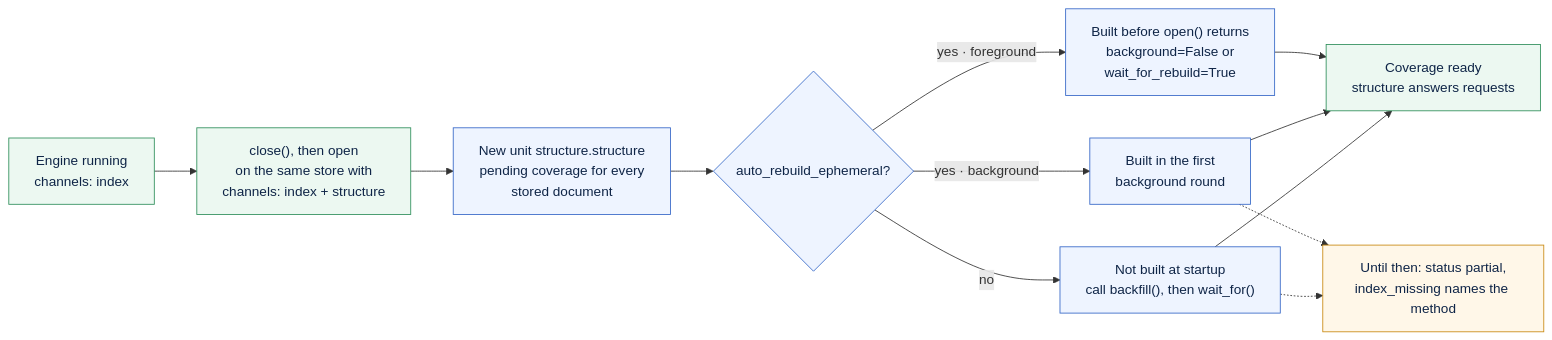
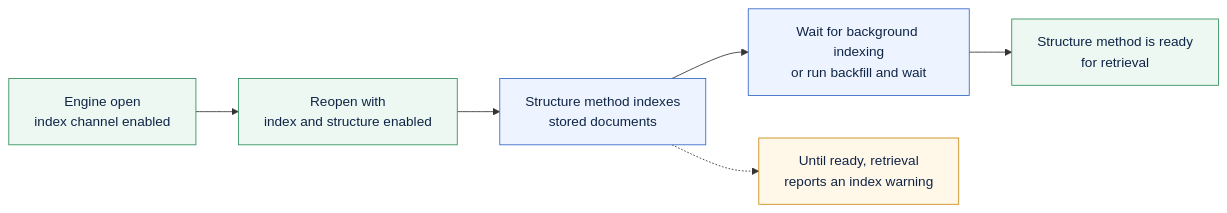
One commit to smuniharish/retrievalloom changed the diagram in diagrams/channel-changes.mmd. Above: the diagram before and after it, drawn with Mermaid. The commit also changed 57 other files, not shown here.

```diff
--- a/diagrams/channel-changes.mmd
+++ b/diagrams/channel-changes.mmd
@@ -1,21 +1,14 @@
 flowchart LR
     classDef app fill:#ecf8f1,stroke:#2f8f5b,color:#0f2547
     classDef core fill:#eef4ff,stroke:#3567c7,color:#0f2547
     classDef provider fill:#fff7e8,stroke:#c98a12,color:#0f2547
 
-    running["Engine running<br/>channels: index"]:::app
-    reopen["close(), then open<br/>on the same store with<br/>channels: index + structure"]:::app
-    pending["New unit structure.structure<br/>pending coverage for every<br/>stored document"]:::core
-    startup{"auto_rebuild_ephemeral?"}:::core
-    foreground["Built before open() returns<br/>background=False or<br/>wait_for_rebuild=True"]:::core
-    background["Built in the first<br/>background round"]:::core
-    explicit["Not built at startup<br/>call backfill(), then wait_for()"]:::core
-    partial["Until then: status partial,<br/>index_missing names the method"]:::provider
-    ready["Coverage ready<br/>structure answers requests"]:::app
+    running["Engine open<br/>index channel enabled"]:::app
+    reopen["Reopen with<br/>index and structure enabled"]:::app
+    pending["Structure method indexes<br/>stored documents"]:::core
+    background["Wait for background indexing<br/>or run backfill and wait"]:::core
+    partial["Until ready, retrieval<br/>reports an index warning"]:::provider
+    ready["Structure method is ready<br/>for retrieval"]:::app
 
-    running --> reopen --> pending --> startup
-    startup -- "yes · foreground" --> foreground --> ready
-    startup -- "yes · background" --> background --> ready
-    startup -- "no" --> explicit --> ready
-    background -.-> partial
-    explicit -.-> partial
+    running --> reopen --> pending --> background --> ready
+    pending -.-> partial
```
